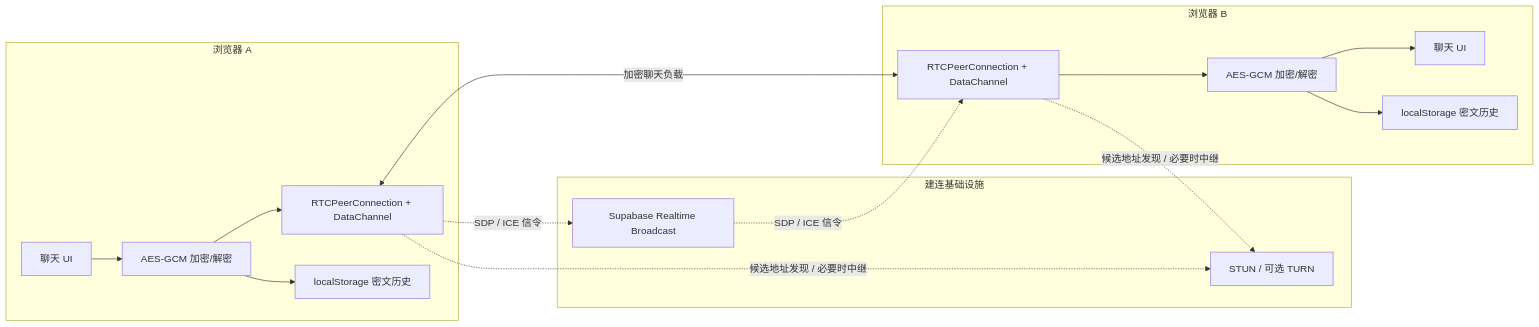
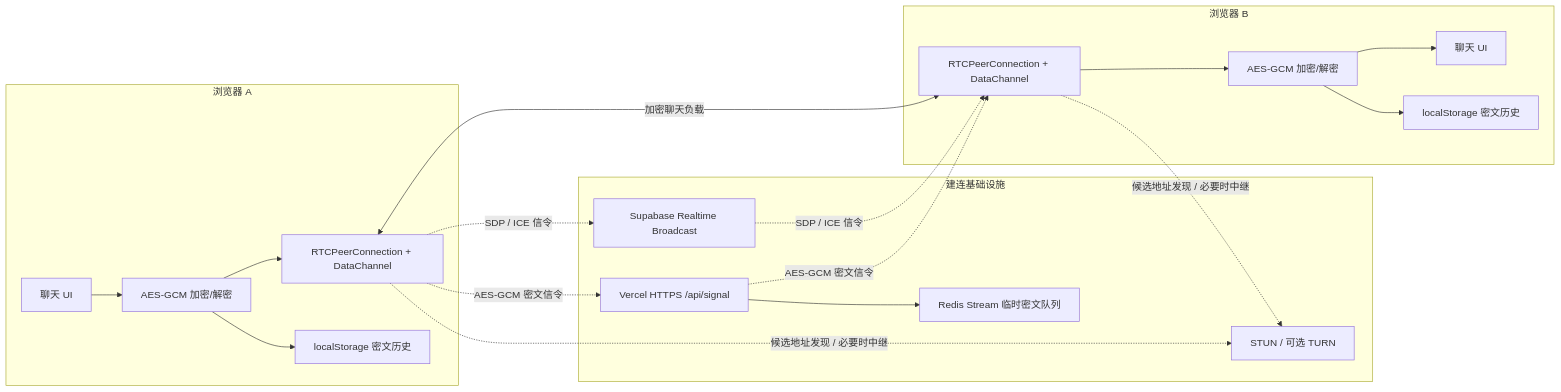
The first of 2 diagrams in docs/architecture.md (MarcWebber/p2p-chat), drawn with Mermaid before and after one commit. The commit also changed other lines of this file and 29 other files, not shown here.

````diff
--- a/docs/architecture.md
+++ b/docs/architecture.md
@@ -9,33 +9,38 @@
 ```mermaid
 flowchart LR
   subgraph A["浏览器 A"]
     AUI["聊天 UI"]
     AC["AES-GCM 加密/解密"]
     AP["RTCPeerConnection + DataChannel"]
     AL["localStorage 密文历史"]
     AUI --> AC
     AC --> AP
     AC --> AL
   end
 
   subgraph S["建连基础设施"]
     SB["Supabase Realtime Broadcast"]
+    VH["Vercel HTTPS /api/signal"]
+    RS["Redis Stream 临时密文队列"]
     ICE["STUN / 可选 TURN"]
+    VH --> RS
   end
 
   subgraph B["浏览器 B"]
     BP["RTCPeerConnection + DataChannel"]
     BC["AES-GCM 加密/解密"]
     BUI["聊天 UI"]
     BL["localStorage 密文历史"]
     BP --> BC
     BC --> BUI
     BC --> BL
   end
 
   AP <-->|"加密聊天负载"| BP
   AP -. "SDP / ICE 信令" .-> SB
   SB -. "SDP / ICE 信令" .-> BP
+  AP -. "AES-GCM 密文信令" .-> VH
+  VH -. "AES-GCM 密文信令" .-> BP
   AP -. "候选地址发现 / 必要时中继" .-> ICE
   BP -. "候选地址发现 / 必要时中继" .-> ICE
 ```
````
